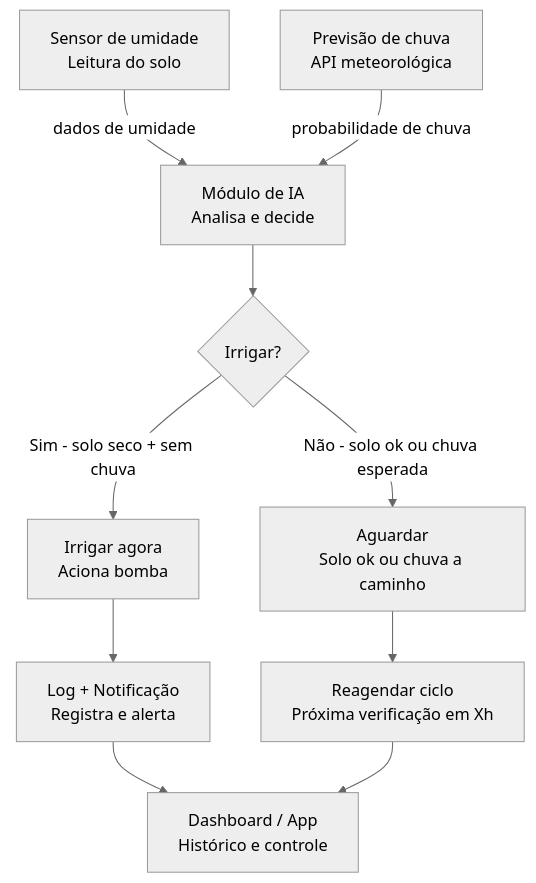
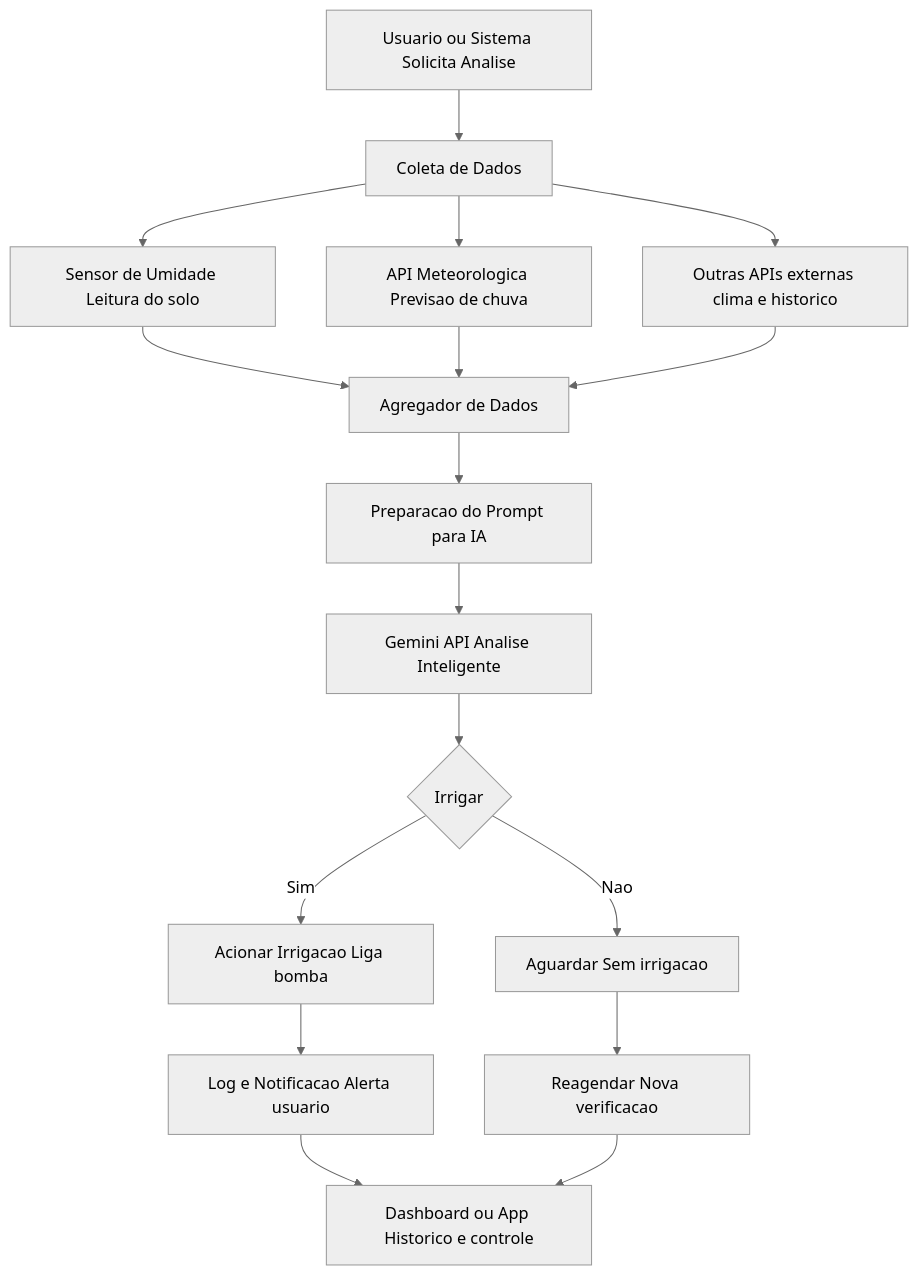
The diagram in README.md (maximusdn/smart-garden), drawn with Mermaid (neutral theme) before and after one commit. The commit also changed other lines of this file, not shown here.

Commit message:
docs: PR template, Mermaid atualizado e descrição do projeto

````diff
--- a/README.md
+++ b/README.md
@@ -10,12 +10,27 @@
 ```mermaid
 flowchart TD
-    A[Sensor de umidade\nLeitura do solo] -->|dados de umidade| C
-    B[Previsão de chuva\nAPI meteorológica] -->|probabilidade de chuva| C
-    C[Módulo de IA\nAnalisa e decide] --> D{Irrigar?}
-    D -->|Sim - solo seco + sem chuva| E[Irrigar agora\nAciona bomba]
-    D -->|Não - solo ok ou chuva esperada| F[Aguardar\nSolo ok ou chuva a caminho]
-    E --> G[Log + Notificação\nRegistra e alerta]
-    F --> H[Reagendar ciclo\nPróxima verificação em Xh]
-    G --> I[Dashboard / App\nHistórico e controle]
-    H --> I
+    A[Usuario ou Sistema Solicita Analise] --> B[Coleta de Dados]
+
+    B --> C1[Sensor de Umidade Leitura do solo]
+    B --> C2[API Meteorologica Previsao de chuva]
+    B --> C3[Outras APIs externas clima e historico]
+
+    C1 --> D[Agregador de Dados]
+    C2 --> D
+    C3 --> D
+
+    D --> E[Preparacao do Prompt para IA]
+
+    E --> F[Gemini API Analise Inteligente]
+
+    F --> G{Irrigar}
+
+    G -->|Sim| H[Acionar Irrigacao Liga bomba]
+    G -->|Nao| I[Aguardar Sem irrigacao]
+
+    H --> J[Log e Notificacao Alerta usuario]
+    I --> K[Reagendar Nova verificacao]
+
+    J --> L[Dashboard ou App Historico e controle]
+    K --> L
 ``` 
````
